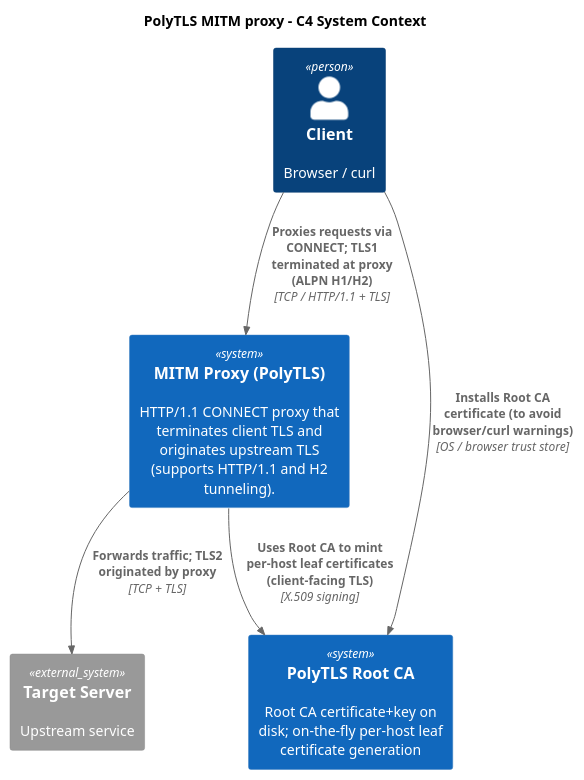
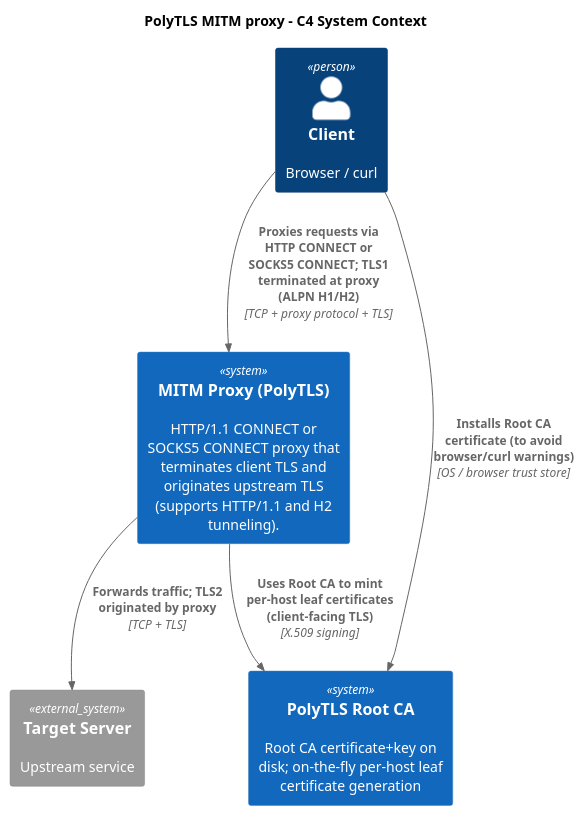
The diagram in docs/diagrams/c4/mitm-context.puml (REASY/PolyTLS), drawn with PlantUML before and after one commit. The commit also changed 17 other files, not shown here.

Commit message:
feat: add SOCKS5 proxy frontend

```diff
--- a/docs/diagrams/c4/mitm-context.puml
+++ b/docs/diagrams/c4/mitm-context.puml
@@ -1,17 +1,17 @@
 @startuml
 !include <C4/C4>
 !include <C4/C4_Context>
 
 title PolyTLS MITM proxy - C4 System Context
 LAYOUT_TOP_DOWN()
 
 Person(client, "Client", "Browser / curl")
-System(proxy, "MITM Proxy (PolyTLS)", "HTTP/1.1 CONNECT proxy that terminates client TLS and originates upstream TLS (supports HTTP/1.1 and H2 tunneling).")
+System(proxy, "MITM Proxy (PolyTLS)", "HTTP/1.1 CONNECT or SOCKS5 CONNECT proxy that terminates client TLS and originates upstream TLS (supports HTTP/1.1 and H2 tunneling).")
 System_Ext(target, "Target Server", "Upstream service")
 System(ca, "PolyTLS Root CA", "Root CA certificate+key on disk; on-the-fly per-host leaf certificate generation")
 
-Rel(client, proxy, "Proxies requests via CONNECT; TLS1 terminated at proxy (ALPN H1/H2)", "TCP / HTTP/1.1 + TLS")
+Rel(client, proxy, "Proxies requests via HTTP CONNECT or SOCKS5 CONNECT; TLS1 terminated at proxy (ALPN H1/H2)", "TCP + proxy protocol + TLS")
 Rel(proxy, target, "Forwards traffic; TLS2 originated by proxy", "TCP + TLS")
 Rel(proxy, ca, "Uses Root CA to mint per-host leaf certificates (client-facing TLS)", "X.509 signing")
 Rel(client, ca, "Installs Root CA certificate (to avoid browser/curl warnings)", "OS / browser trust store")
 @enduml
```
